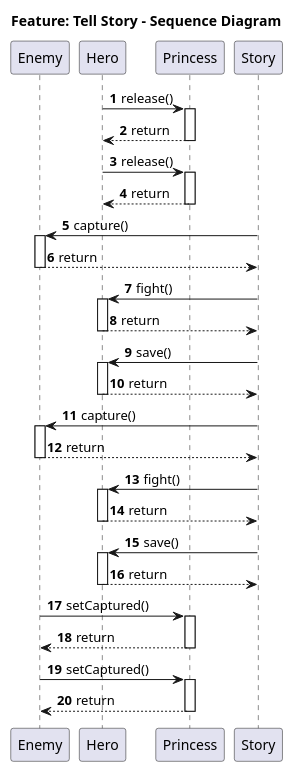
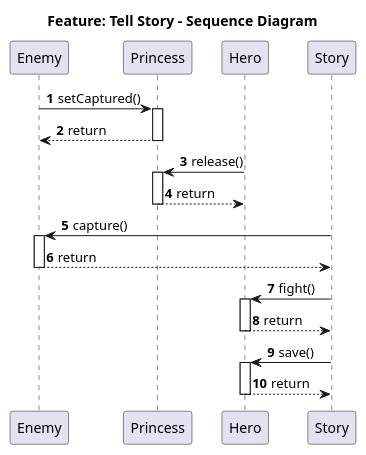
The diagram in output/tell_story_sequence.puml (Adityarane012/UMLRev---SE-Project), drawn with PlantUML before and after one commit. The commit also changed 5 other files, not shown here.

First line of the commit message:
Fix three defects that broke Mermaid diagram rendering

```diff
--- a/output/tell_story_sequence.puml
+++ b/output/tell_story_sequence.puml
@@ -1,48 +1,28 @@
 @startuml
 title Feature: Tell Story - Sequence Diagram
 autonumber
 participant Enemy
+participant Princess
 participant Hero
-participant Princess
 participant Story
-Hero -> Princess: release()
+Enemy -> Princess: setCaptured()
 activate Princess
-Princess --> Hero: return
+Princess --> Enemy: return
 deactivate Princess
 Hero -> Princess: release()
 activate Princess
 Princess --> Hero: return
 deactivate Princess
 Story -> Enemy: capture()
 activate Enemy
 Enemy --> Story: return
 deactivate Enemy
 Story -> Hero: fight()
 activate Hero
 Hero --> Story: return
 deactivate Hero
 Story -> Hero: save()
 activate Hero
 Hero --> Story: return
 deactivate Hero
-Story -> Enemy: capture()
-activate Enemy
-Enemy --> Story: return
-deactivate Enemy
-Story -> Hero: fight()
-activate Hero
-Hero --> Story: return
-deactivate Hero
-Story -> Hero: save()
-activate Hero
-Hero --> Story: return
-deactivate Hero
-Enemy -> Princess: setCaptured()
-activate Princess
-Princess --> Enemy: return
-deactivate Princess
-Enemy -> Princess: setCaptured()
-activate Princess
-Princess --> Enemy: return
-deactivate Princess
 @enduml
```
